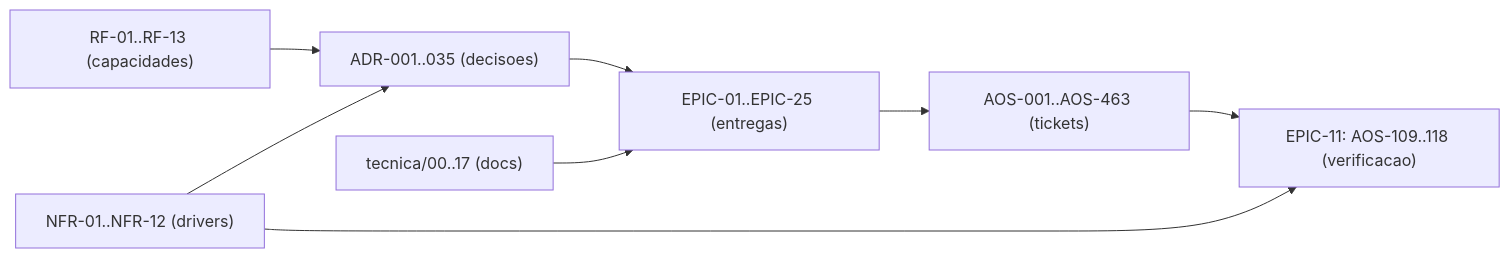
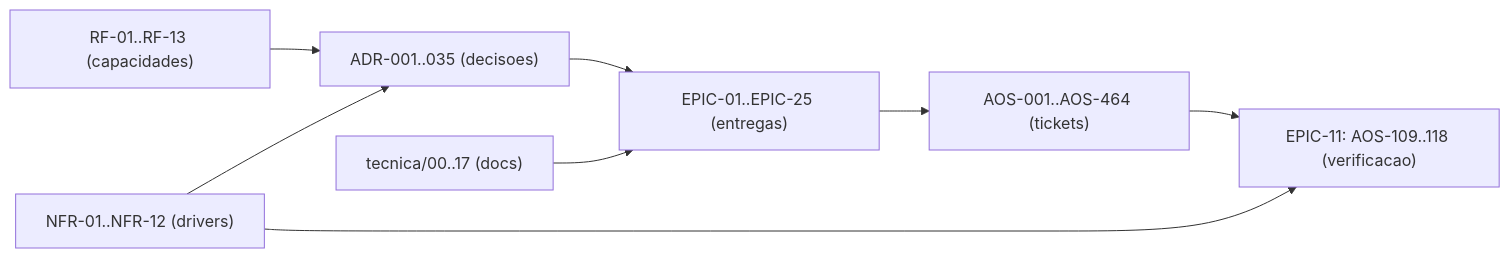
The diagram in tecnica/16_Rastreabilidade_RTM.md (albinoJimy/aos), drawn with Mermaid before and after one commit. The commit also changed other lines of this file and 12 other files, not shown here.

````diff
--- a/tecnica/16_Rastreabilidade_RTM.md
+++ b/tecnica/16_Rastreabilidade_RTM.md
@@ -200,10 +200,10 @@
 ```mermaid
 flowchart LR
     RF["RF-01..RF-13 (capacidades)"] --> ADR["ADR-001..035 (decisoes)"]
     NFR["NFR-01..NFR-12 (drivers)"] --> ADR
     ADR --> EPIC["EPIC-01..EPIC-25 (entregas)"]
-    EPIC --> TICK["AOS-001..AOS-463 (tickets)"]
+    EPIC --> TICK["AOS-001..AOS-464 (tickets)"]
     DOC["tecnica/00..17 (docs)"] --> EPIC
     TICK --> TEST["EPIC-11: AOS-109..118 (verificacao)"]
     NFR --> TEST
 ```
````
